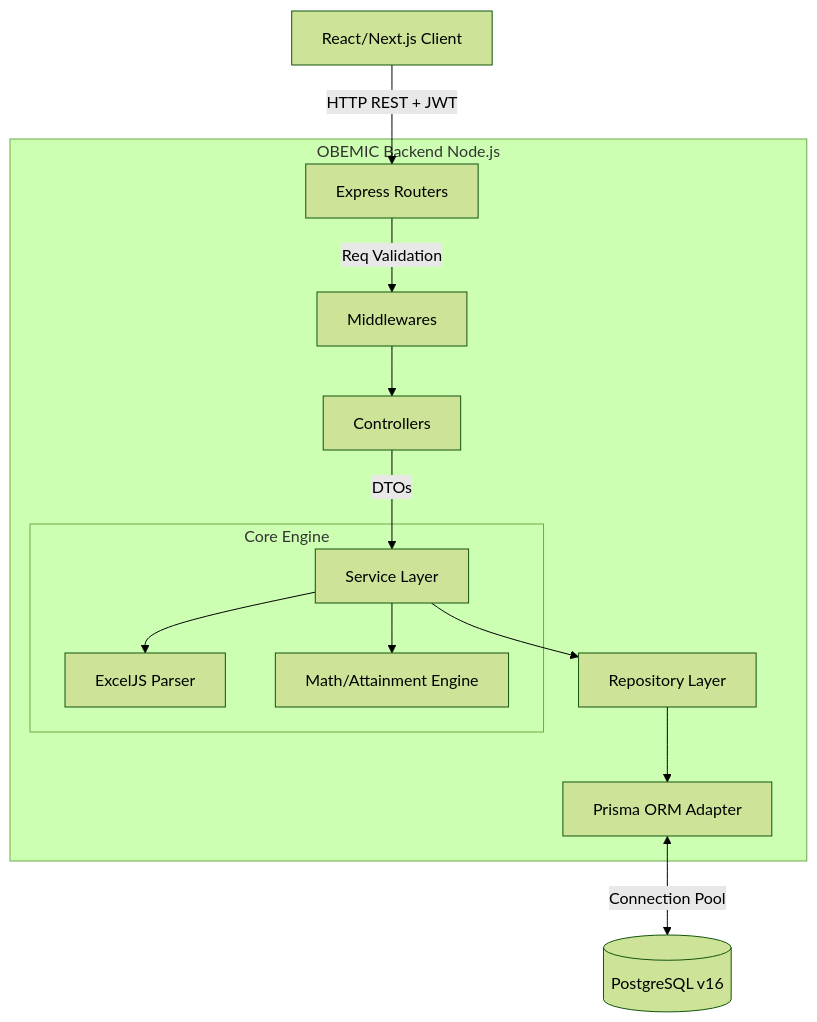
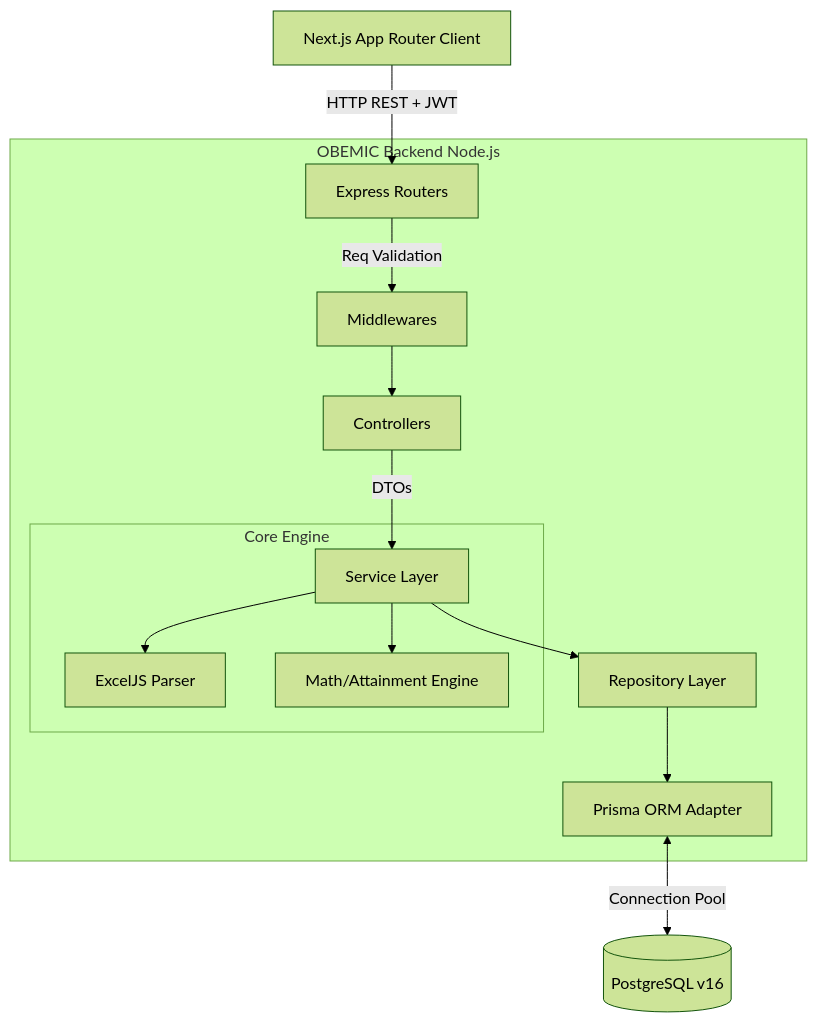
The diagram in README.md (IshaqShaik9014/OBEMIC), drawn with Mermaid (forest theme) before and after one commit. The commit also changed other lines of this file and 58 other files, not shown here.

````diff
--- a/README.md
+++ b/README.md
@@ -86,20 +107,20 @@
 ```mermaid
 graph TD
-    Client[React/Next.js Client] -->|HTTP REST + JWT| Router[Express Routers]
+    Client[Next.js App Router Client] -->|HTTP REST + JWT| Router[Express Routers]
     
     subgraph OBEMIC Backend Node.js
         Router -->|Req Validation| MW[Middlewares]
         MW --> Ctrl[Controllers]
         Ctrl -->|DTOs| Svc[Service Layer]
         
         subgraph Core Engine
             Svc --> Excel[ExcelJS Parser]
             Svc --> Math[Math/Attainment Engine]
         end
         
         Svc --> Repo[Repository Layer]
         Repo --> Prisma[Prisma ORM Adapter]
     end
     
     Prisma <-->|Connection Pool| DB[(PostgreSQL v16)]
 ```
````
